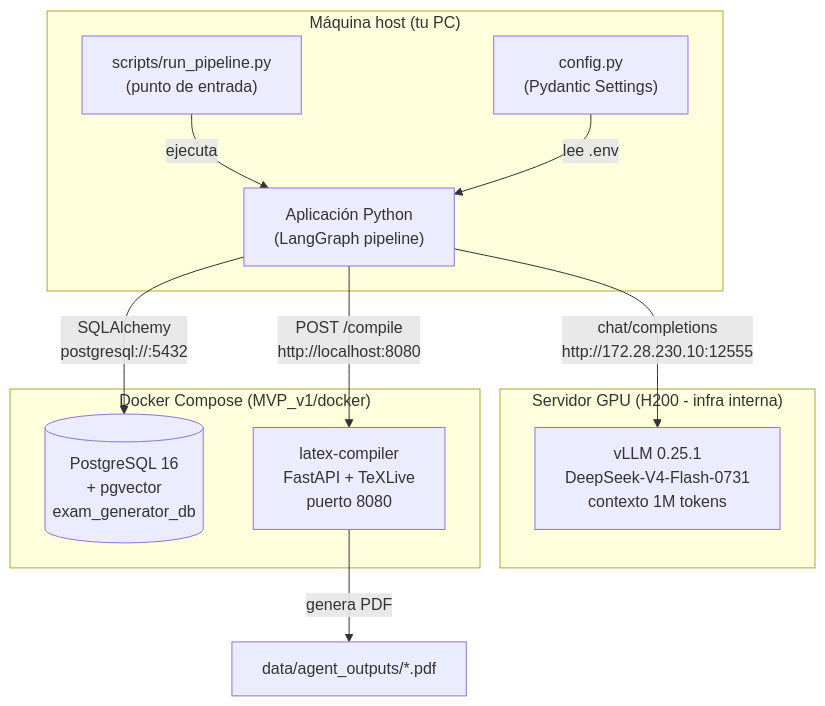
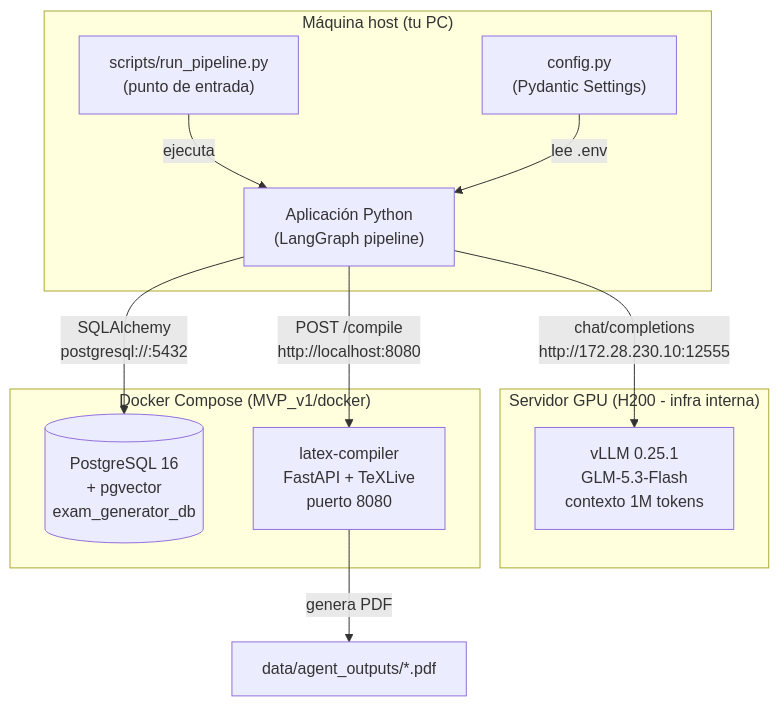
The first of 13 diagrams in ARCHITECTURE.md (danilo-pilacuan/MVP_LatexExam_v1), drawn with Mermaid before and after one commit. The commit also changed other lines of this file and 4 other files, not shown here.

````diff
--- a/ARCHITECTURE.md
+++ b/ARCHITECTURE.md
@@ -92,24 +92,24 @@
 ```mermaid
 graph TB
     subgraph "Máquina host (tu PC)"
         APP["Aplicación Python<br/>(LangGraph pipeline)"]
         CONFIG["config.py<br/>(Pydantic Settings)"]
         RUN["scripts/run_pipeline.py<br/>(punto de entrada)"]
     end
 
     subgraph "Servidor GPU (H200 - infra interna)"
-        VLLM["vLLM 0.25.1<br/>DeepSeek-V4-Flash-0731<br/>contexto 1M tokens"]
+        VLLM["vLLM 0.25.1<br/>GLM-5.3-Flash<br/>contexto 1M tokens"]
     end
 
     subgraph "Docker Compose (MVP_v1/docker)"
         PG[("PostgreSQL 16<br/>+ pgvector<br/>exam_generator_db")]
         LC["latex-compiler<br/>FastAPI + TeXLive<br/>puerto 8080"]
     end
 
     RUN -->|"ejecuta"| APP
     APP -->|"chat/completions<br/>http://172.28.230.10:12555"| VLLM
     APP -->|"SQLAlchemy<br/>postgresql://:5432"| PG
     APP -->|"POST /compile<br/>http://localhost:8080"| LC
     LC -->|"genera PDF"| OUT["data/agent_outputs/*.pdf"]
     CONFIG -->|"lee .env"| APP
 ```
````
